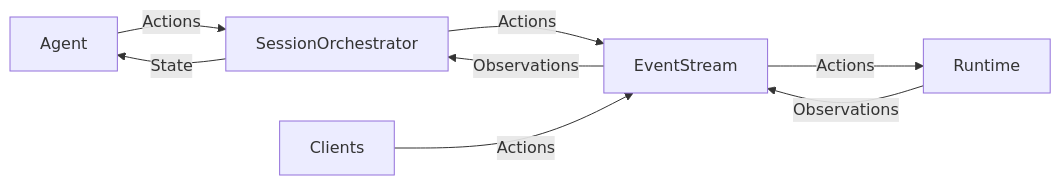
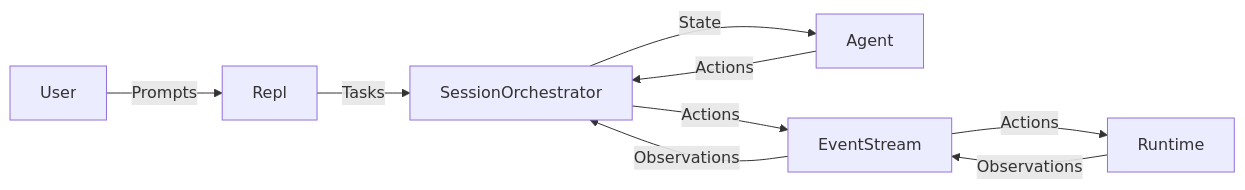
Before and after one commit to josephsenior/Grinta-Agent: the diagram in backend/README_APP.md, drawn with Mermaid. The commit also changed other lines of this file and 69 other files, not shown here.

````diff
--- a/backend/README_APP.md
+++ b/backend/README_APP.md
@@ -40,10 +40,11 @@
 ```mermaid
 flowchart LR
+  User--Prompts-->Repl
+  Repl--Tasks-->SessionOrchestrator
   Agent--Actions-->SessionOrchestrator
   SessionOrchestrator--State-->Agent
   SessionOrchestrator--Actions-->EventStream
   EventStream--Observations-->SessionOrchestrator
   Runtime--Observations-->EventStream
   EventStream--Actions-->Runtime
-  Clients--Actions-->EventStream
 ```
````
